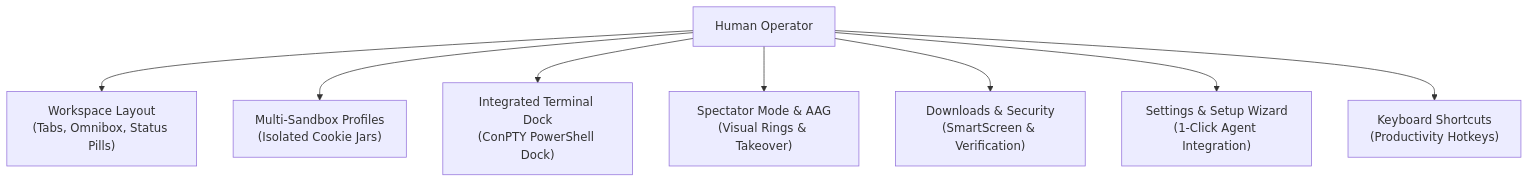
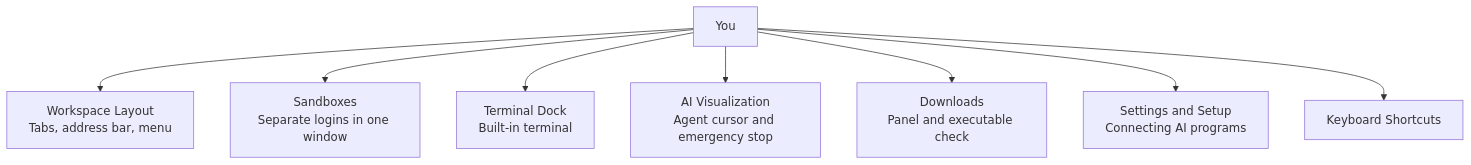
The diagram in docs/user-guide/README.md (joelaniol/nova), drawn with Mermaid before and after one commit. The commit also changed other lines of this file and 495 other files, not shown here.

````diff
--- a/docs/user-guide/README.md
+++ b/docs/user-guide/README.md
@@ -12,10 +12,10 @@
 ```mermaid
 flowchart TD
-    User["Human Operator"] --> Layout["Workspace Layout<br>(Tabs, Omnibox, Status Pills)"]
-    User --> Sandboxes["Multi-Sandbox Profiles<br>(Isolated Cookie Jars)"]
-    User --> Terminal["Integrated Terminal Dock<br>(ConPTY PowerShell Dock)"]
-    User --> Spectator["Spectator Mode & AAG<br>(Visual Rings & Takeover)"]
-    User --> Downloads["Downloads & Security<br>(SmartScreen & Verification)"]
-    User --> Settings["Settings & Setup Wizard<br>(1-Click Agent Integration)"]
-    User --> Shortcuts["Keyboard Shortcuts<br>(Productivity Hotkeys)"]
+    User["You"] --> Layout["Workspace Layout<br>Tabs, address bar, menu"]
+    User --> Sandboxes["Sandboxes<br>Separate logins in one window"]
+    User --> Terminal["Terminal Dock<br>Built-in terminal"]
+    User --> Visual["AI Visualization<br>Agent cursor and emergency stop"]
+    User --> Downloads["Downloads<br>Panel and executable check"]
+    User --> Settings["Settings and Setup<br>Connecting AI programs"]
+    User --> Shortcuts["Keyboard Shortcuts"]
 ```
````
